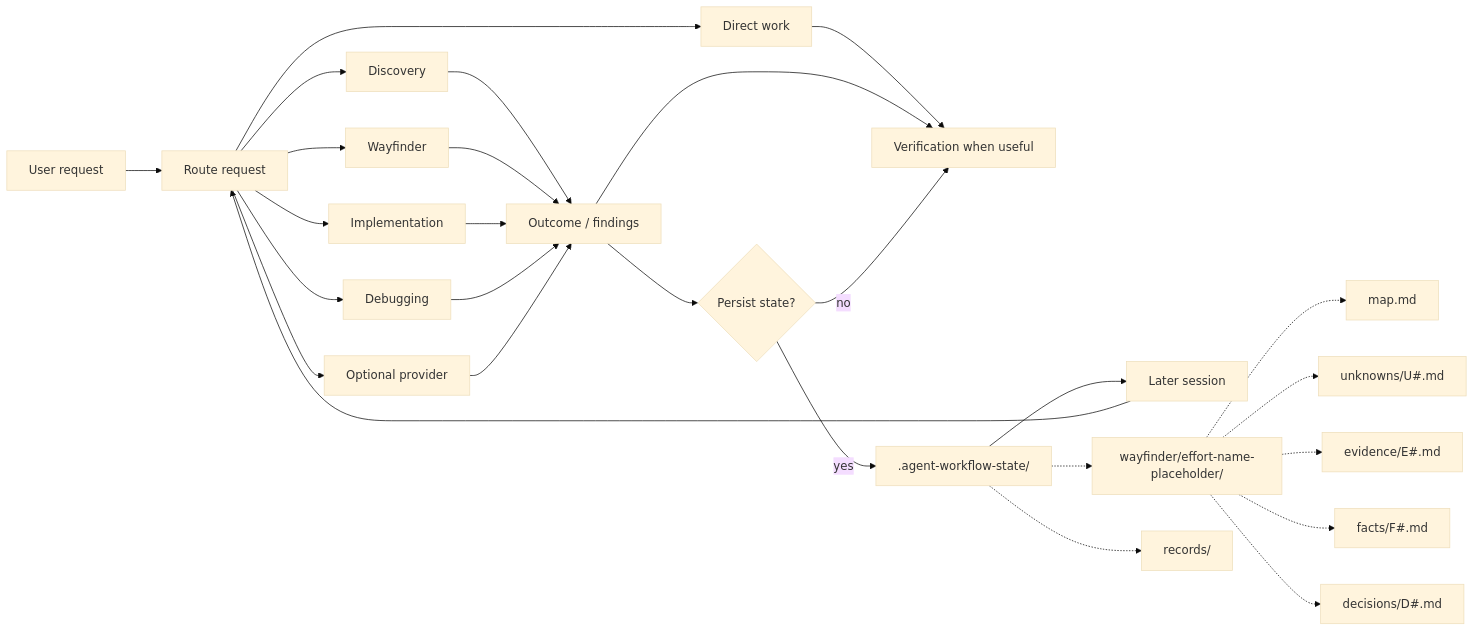
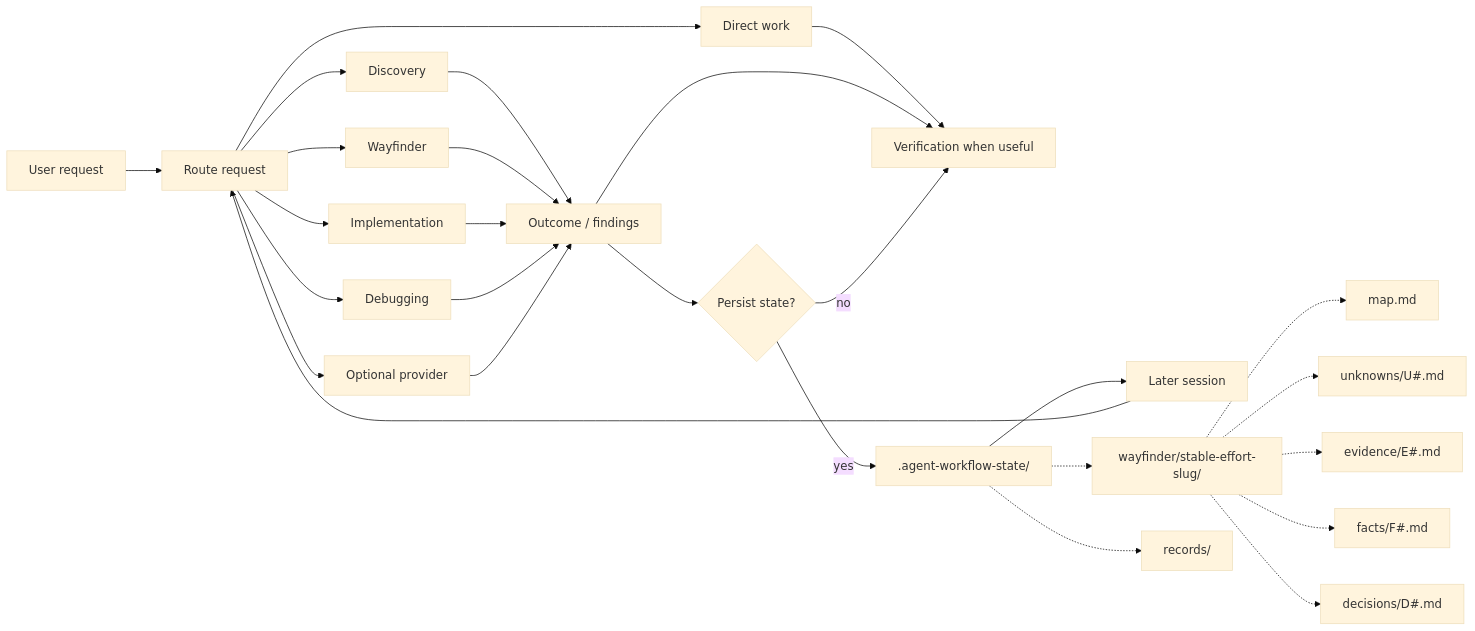
One commit to jimmfan/agentic-workflow changed the diagram in README.md. Above: the diagram before and after it, drawn with Mermaid (base theme). The commit also changed other lines of this file and 50 other files, not shown here.

Commit message:
Implemented the Agentic Workflow-owned Wayfinder runtime projection and stable effort-selection contract.

````diff
--- a/README.md
+++ b/README.md
@@ -48,36 +48,36 @@
 ```mermaid
 flowchart LR
     request["User request"] --> router["Route request"]
 
     router --> direct["Direct work"]
     router --> discovery["Discovery"]
     router --> wayfinder["Wayfinder"]
     router --> implementation["Implementation"]
     router --> debugging["Debugging"]
     router --> provider["Optional provider"]
 
     discovery --> result["Outcome / findings"]
     wayfinder --> result
     implementation --> result
     debugging --> result
     provider --> result
 
     direct --> verify["Verification when useful"]
     result --> verify
 
     result --> durable{"Persist state?"}
     durable -->|no| verify
     durable -->|yes| state[".agent-workflow-state/"]
 
     state --> resume["Later session"]
     resume --> router
 
-    state -.-> wfstate["wayfinder/effort-name-placeholder/"]
+    state -.-> wfstate["wayfinder/stable-effort-slug/"]
     wfstate -.-> map["map.md"]
     wfstate -.-> unknowns["unknowns/U#.md"]
     wfstate -.-> evidence["evidence/E#.md"]
     wfstate -.-> facts["facts/F#.md"]
     wfstate -.-> decisions["decisions/D#.md"]
 
     state -.-> records["records/"]
 ```
````
